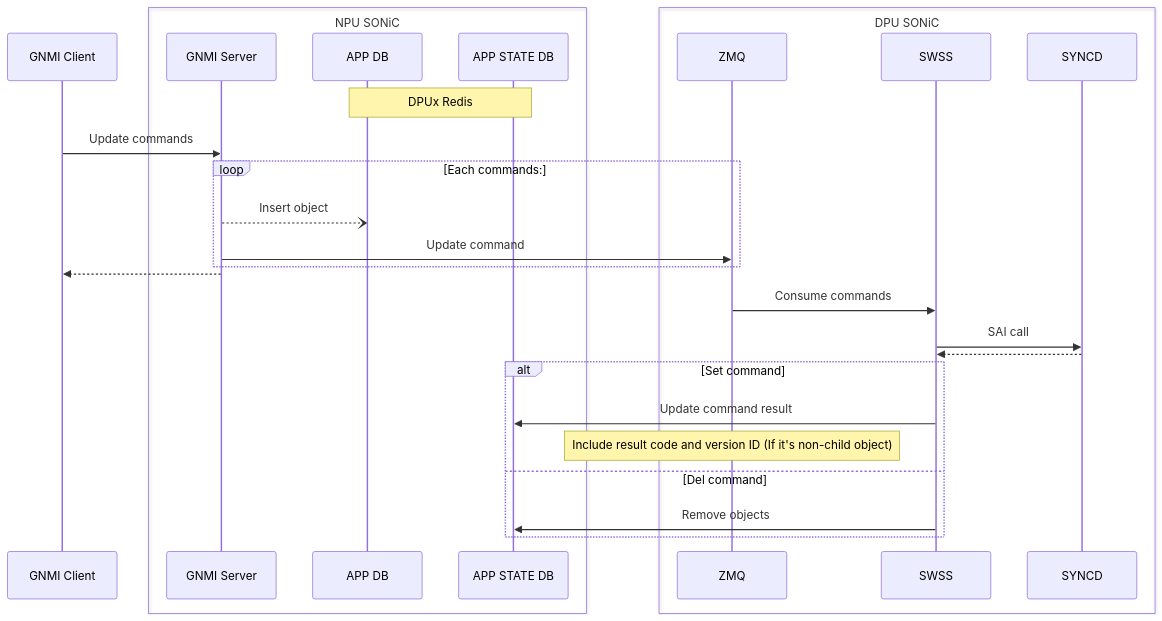
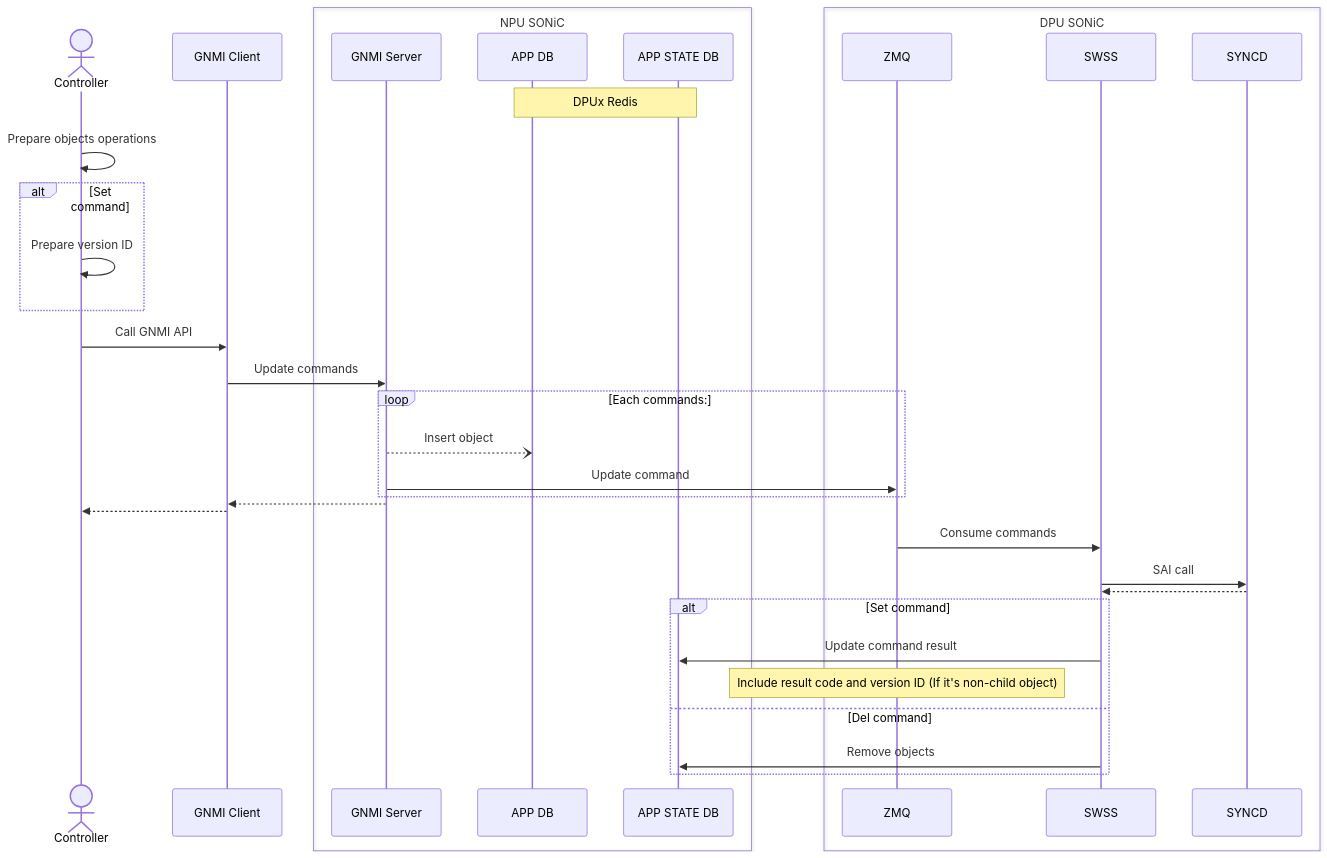
Before and after one commit to sonic-net/SONiC: the first of 3 diagrams in doc/smart-switch/gnmi-feedback/smart-switch-gnmi-feedback-design.md, drawn with Mermaid. The commit also changed other lines of this file, not shown here.

Commit message:
Add version ID owner

````diff
--- a/doc/smart-switch/gnmi-feedback/smart-switch-gnmi-feedback-design.md
+++ b/doc/smart-switch/gnmi-feedback/smart-switch-gnmi-feedback-design.md
@@ -47,32 +47,39 @@
 ```mermaid
 sequenceDiagram
+    actor CTR as Controller
     participant GC as GNMI Client
     box NPU SONiC
         participant GS as GNMI Server
         participant AD as APP DB
         participant ASD as APP STATE DB
     end
     Note over AD, ASD: DPUx Redis
     box DPU SONiC
         participant ZMQ as ZMQ
         participant SW as SWSS
         participant SY as SYNCD
     end
 
+    CTR ->> CTR: Prepare objects operations
+    alt Set command
+        CTR ->> CTR: Prepare version ID
+    end
+    CTR ->> GC: Call GNMI API
     GC ->> GS: Update commands
     loop Each commands:
         GS --) AD: Insert object
         GS ->> ZMQ: Update command
     end
     GS -->> GC: 
+    GC -->> CTR: 
     ZMQ ->> SW: Consume commands
     SW ->> SY: SAI call
     SY -->> SW: 
     alt Set command
         SW ->> ASD: Update command result
         Note over ZMQ: Include result code and version ID (If it's non-child object)
     else Del command
         SW ->> ASD: Remove objects
     end
 
 ```
````
